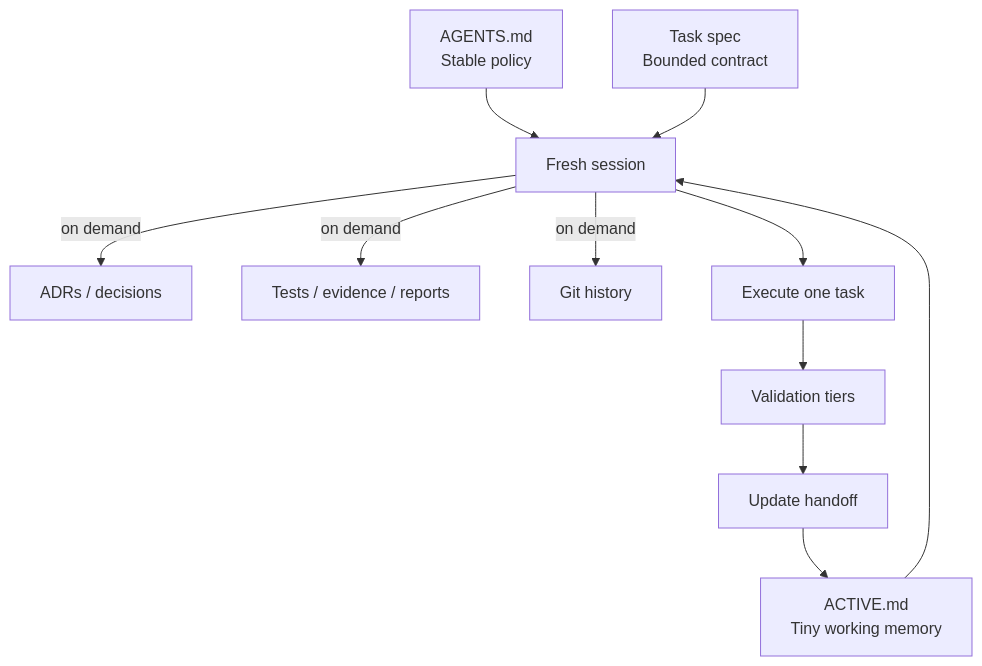
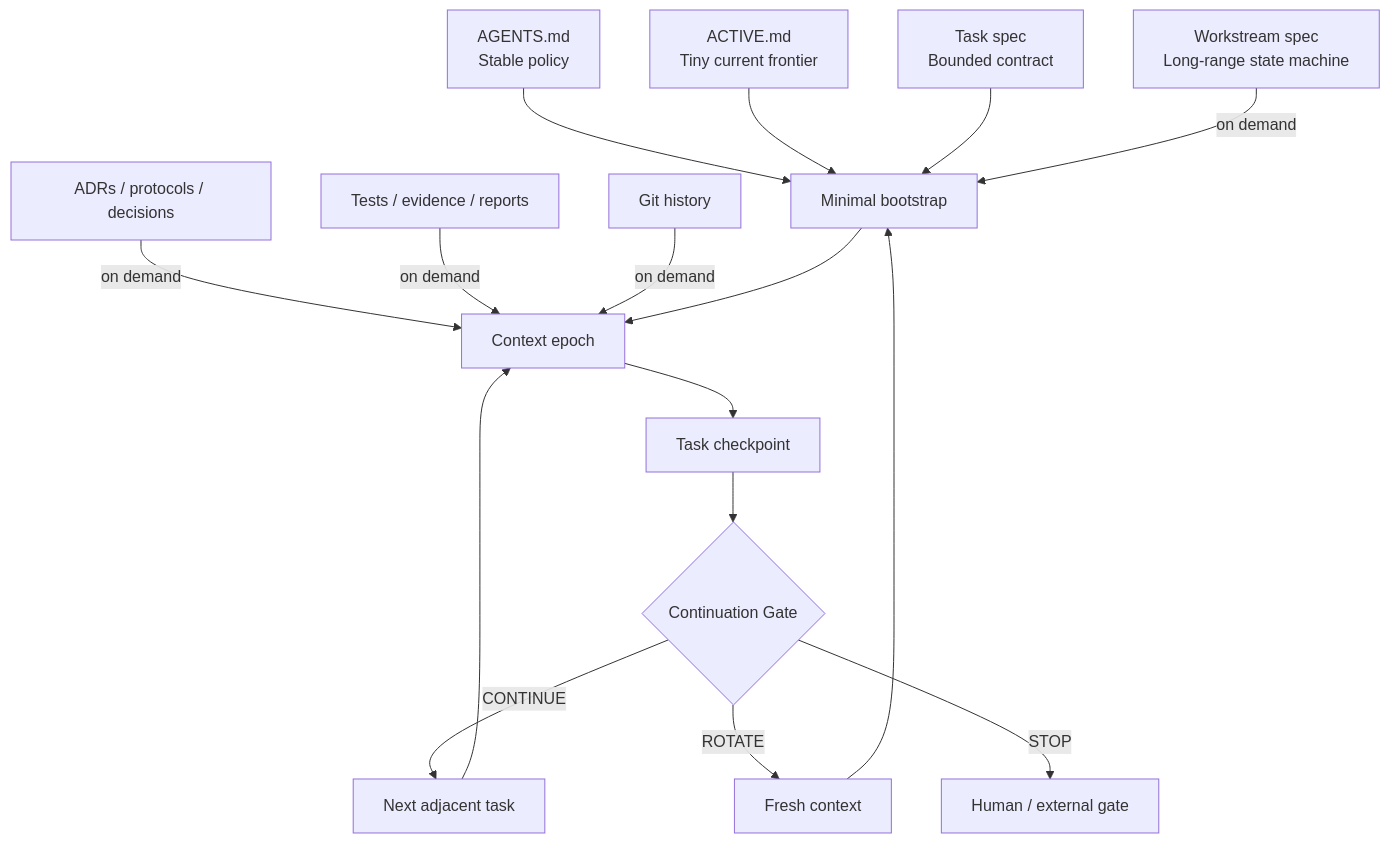
The diagram in docs/architecture.md (hanklin9188/repository-state-agent-workflow), drawn with Mermaid before and after one commit. The commit also changed other lines of this file and 66 other files, not shown here.

````diff
--- a/docs/architecture.md
+++ b/docs/architecture.md
@@ -3,22 +5,30 @@
 ```mermaid
 flowchart TD
     P[AGENTS.md\nStable policy]
-    A[ACTIVE.md\nTiny working memory]
+    W[Workstream spec\nLong-range state machine]
+    A[ACTIVE.md\nTiny current frontier]
     T[Task spec\nBounded contract]
-    D[ADRs / decisions]
+    D[ADRs / protocols / decisions]
     E[Tests / evidence / reports]
     G[Git history]
 
-    S[Fresh session]
-    X[Execute one task]
-    V[Validation tiers]
-    H[Update handoff]
+    B[Minimal bootstrap]
+    X[Context epoch]
+    K[Task checkpoint]
+    C{Continuation Gate}
+    N[Next adjacent task]
+    R[Fresh context]
+    H[Human / external gate]
 
-    P --> S
-    A --> S
-    T --> S
-    S -->|on demand| D
-    S -->|on demand| E
-    S -->|on demand| G
-    S --> X --> V --> H --> A
+    P --> B
+    A --> B
+    T --> B
+    W -->|on demand| B
+    D -->|on demand| X
+    E -->|on demand| X
+    G -->|on demand| X
+    B --> X --> K --> C
+    C -->|CONTINUE| N --> X
+    C -->|ROTATE| R --> B
+    C -->|STOP| H
 ```
````
